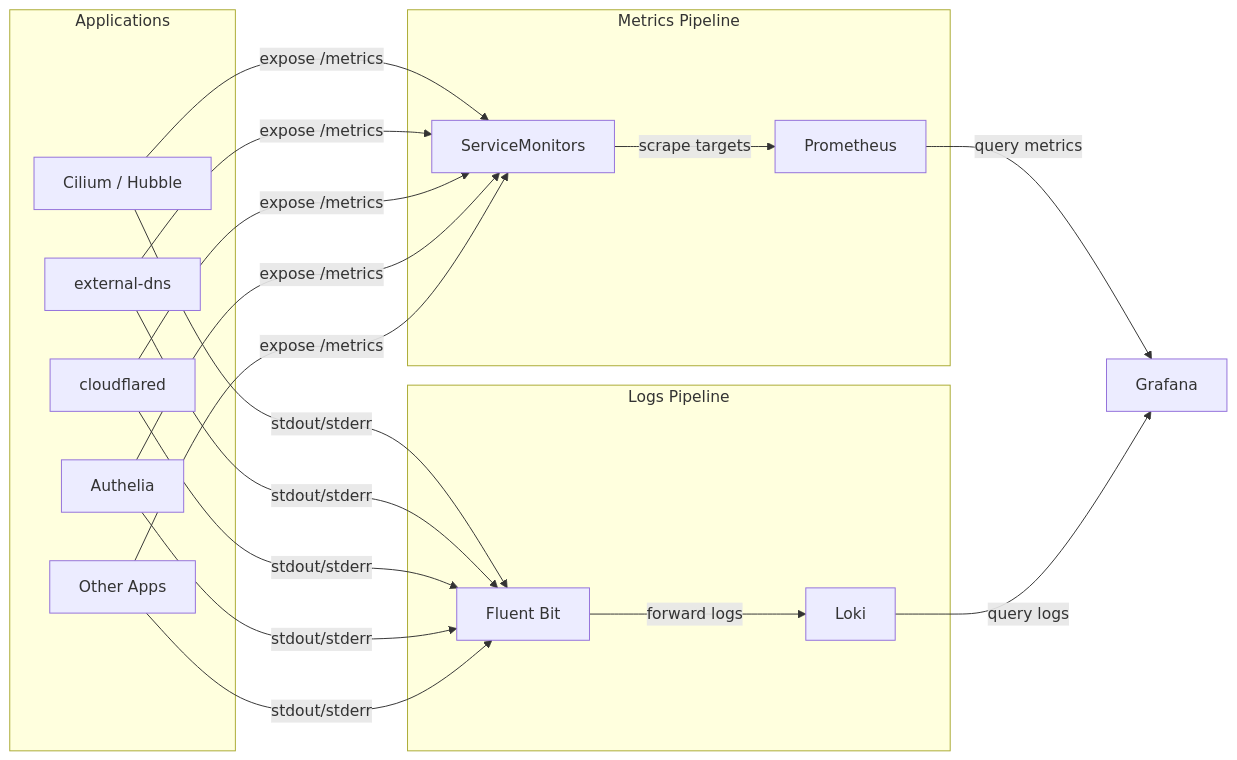
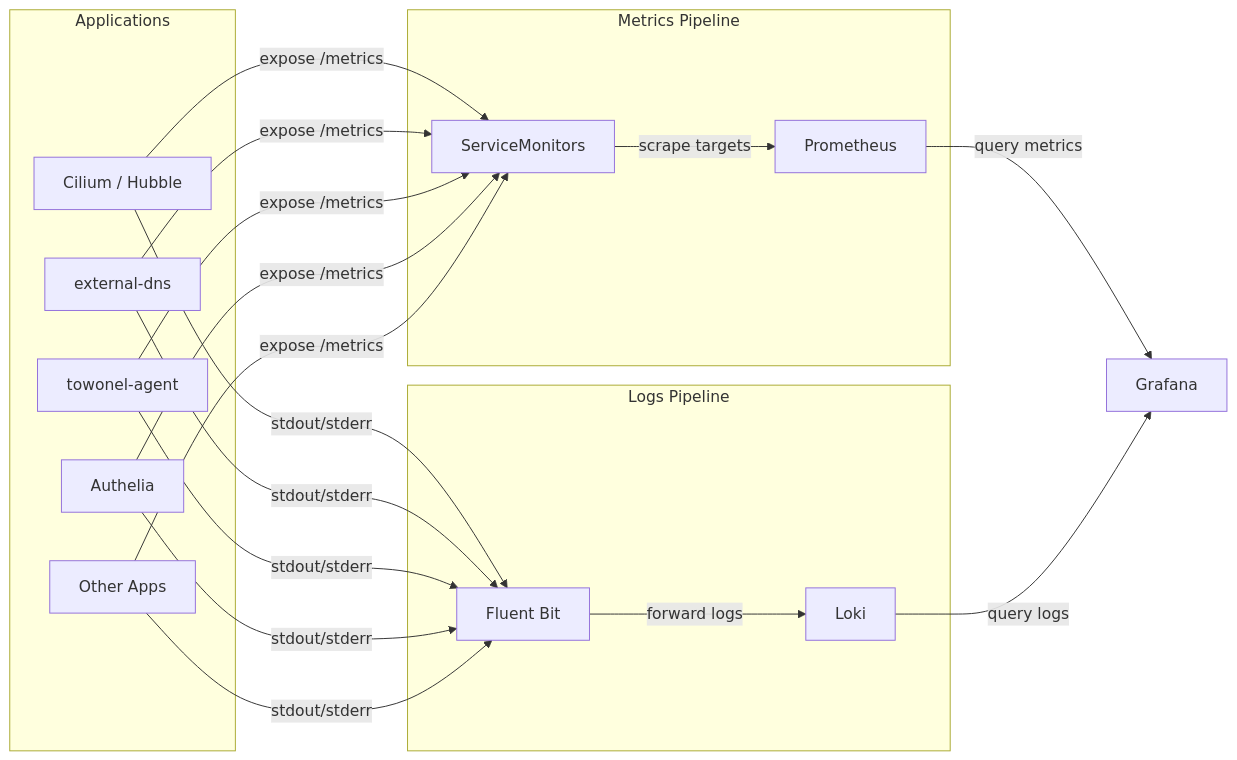
Before and after one commit to swibrow/home-ops: the diagram in docs/monitoring/index.md, drawn with Mermaid. The commit also changed 28 other files, not shown here.

First line of the commit message:
feat(networking): deprecate cloudflared, towonel is the only tunnel

````diff
--- a/docs/monitoring/index.md
+++ b/docs/monitoring/index.md
@@ -11,30 +11,30 @@
 ```mermaid
 flowchart LR
     subgraph Applications
         App1[Cilium / Hubble]
         App2[external-dns]
-        App3[cloudflared]
+        App3[towonel-agent]
         App4[Authelia]
         App5[Other Apps]
     end
 
     subgraph Metrics Pipeline
         SM[ServiceMonitors]
         Prom[Prometheus]
     end
 
     subgraph Logs Pipeline
         FB[Fluent Bit]
         Loki[Loki]
     end
 
     Grafana[Grafana]
 
     App1 & App2 & App3 & App4 & App5 -->|expose /metrics| SM
     SM -->|scrape targets| Prom
     Prom -->|query metrics| Grafana
 
     App1 & App2 & App3 & App4 & App5 -->|stdout/stderr| FB
     FB -->|forward logs| Loki
     Loki -->|query logs| Grafana
 ```
````
